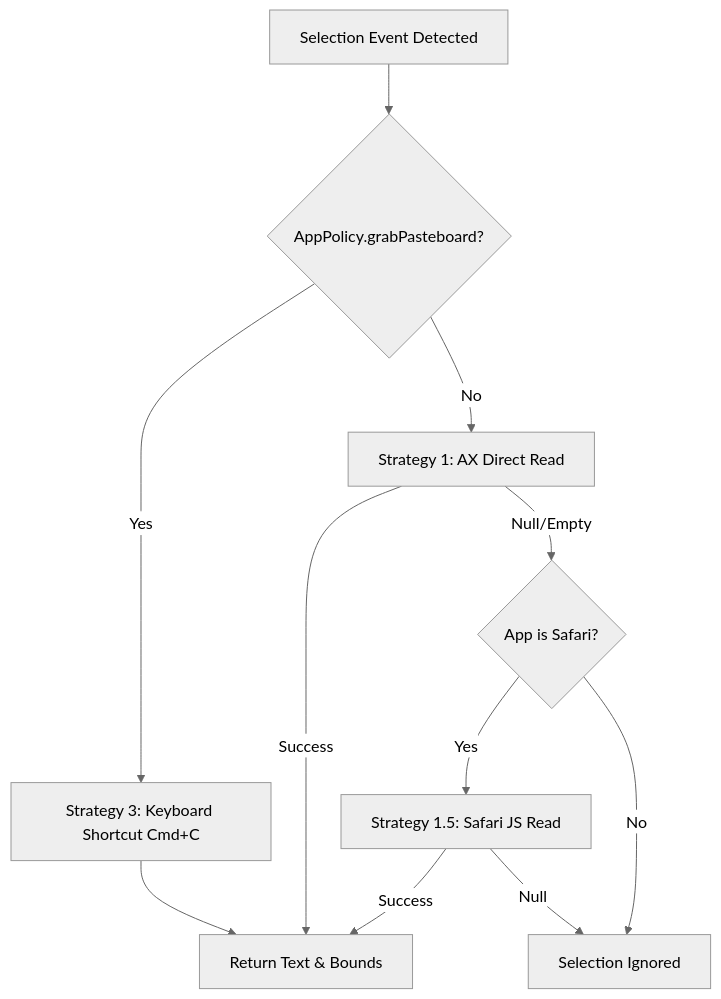
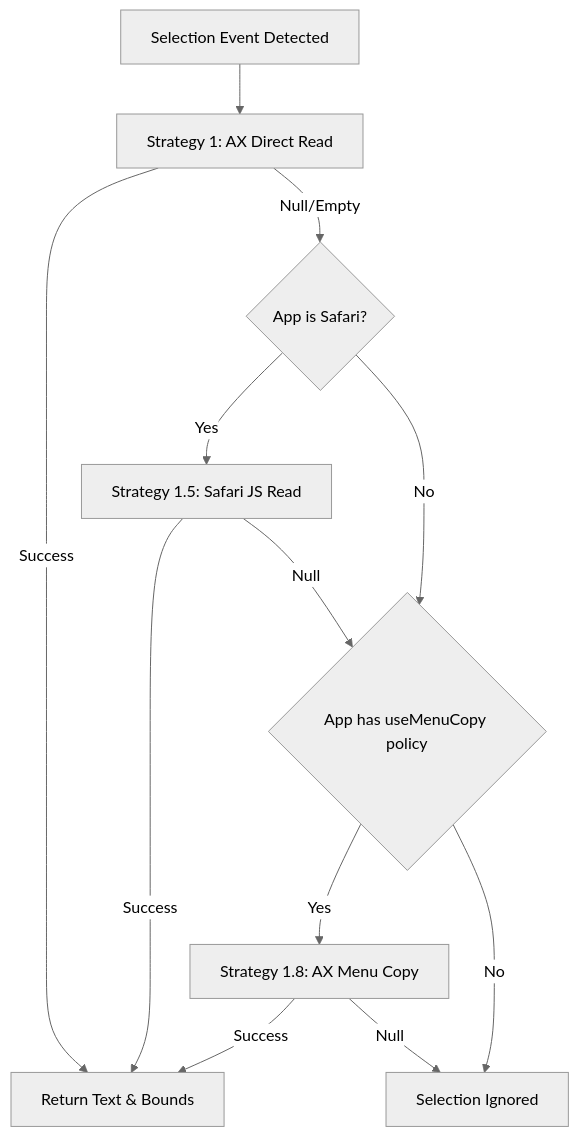
Before and after one commit to ganeshmshetty/openclip: the diagram in docs/architecture/text-selection.md, drawn with Mermaid (neutral theme). The commit also changed other lines of this file and 43 other files, not shown here.

````diff
--- a/docs/architecture/text-selection.md
+++ b/docs/architecture/text-selection.md
@@ -43,17 +43,18 @@
 ```mermaid
 flowchart TD
- Start[Selection Event Detected] --> PolicyCheck{AppPolicy.grabPasteboard?}
-
- PolicyCheck -- Yes --> StrategyCmdC[Strategy 3: Keyboard Shortcut Cmd+C]
- PolicyCheck -- No --> StrategyAX[Strategy 1: AX Direct Read]
+ Start[Selection Event Detected] --> StrategyAX[Strategy 1: AX Direct Read]
 
  StrategyAX -- Success --> ReturnResult[Return Text & Bounds]
  StrategyAX -- Null/Empty --> SafariCheck{App is Safari?}
 
  SafariCheck -- Yes --> StrategySafari[Strategy 1.5: Safari JS Read]
- SafariCheck -- No --> Fail[Selection Ignored]
+ SafariCheck -- No --> MenuCopyCheck{App has useMenuCopy policy}
+
+ MenuCopyCheck -- Yes --> StrategyMenuCopy[Strategy 1.8: AX Menu Copy]
+ MenuCopyCheck -- No --> Fail[Selection Ignored]
 
  StrategySafari -- Success --> ReturnResult
- StrategySafari -- Null --> Fail
- StrategyCmdC --> ReturnResult
+ StrategySafari -- Null --> MenuCopyCheck
+ StrategyMenuCopy -- Success --> ReturnResult
+ StrategyMenuCopy -- Null --> Fail
 ```
````
